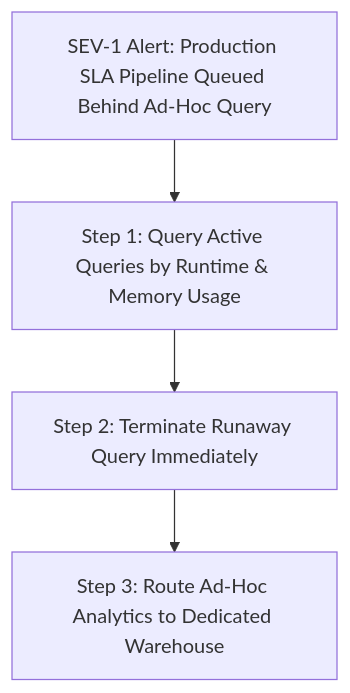
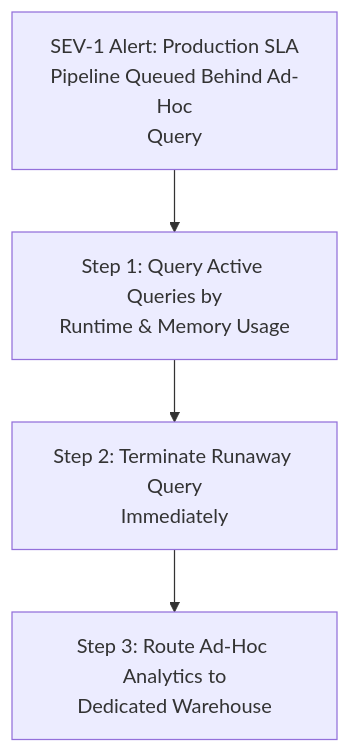
One commit to santoshjammi29/data-system-design-handbook changed the diagram in runbooks/04_multitenant_noisy_neighbor_starvation.md. Above: the diagram before and after it, drawn with Mermaid. The commit also changed 15 other files, not shown here.

Commit message:
fix(diagrams): word-wrap labels and escape comparison operators across all diagrams

````diff
--- a/runbooks/04_multitenant_noisy_neighbor_starvation.md
+++ b/runbooks/04_multitenant_noisy_neighbor_starvation.md
@@ -12,6 +12,6 @@
 ```mermaid
 flowchart TD
-    Alert["SEV-1 Alert: Production SLA Pipeline Queued Behind Ad-Hoc Query"] --> IdentifyRogue["Step 1: Query Active Queries by Runtime & Memory Usage"]
-    IdentifyRogue --> KillRogue["Step 2: Terminate Runaway Query Immediately"]
-    KillRogue --> IsolateWorkloads["Step 3: Route Ad-Hoc Analytics to Dedicated Warehouse"]
+    Alert["SEV-1 Alert: Production SLA<br/>Pipeline Queued Behind Ad-Hoc<br/>Query"] --> IdentifyRogue["Step 1: Query Active Queries by<br/>Runtime & Memory Usage"]
+    IdentifyRogue --> KillRogue["Step 2: Terminate Runaway Query<br/>Immediately"]
+    KillRogue --> IsolateWorkloads["Step 3: Route Ad-Hoc Analytics to<br/>Dedicated Warehouse"]
 ```
````
